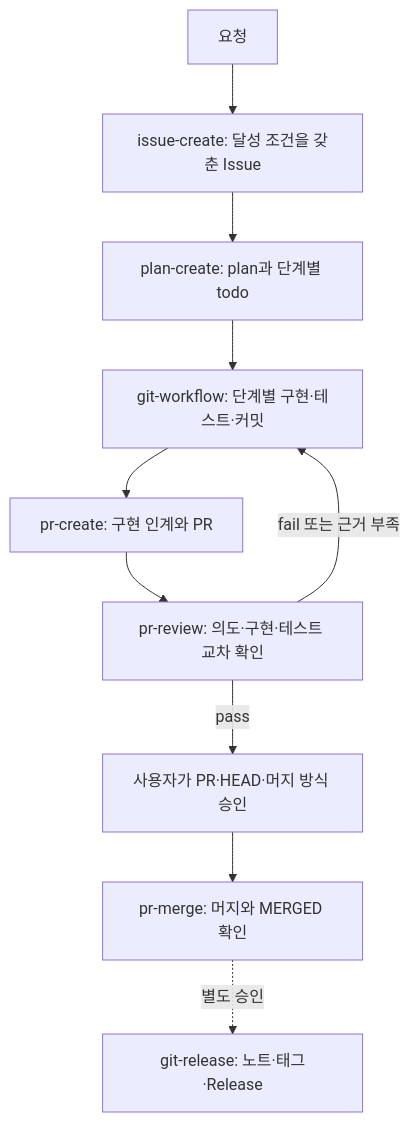
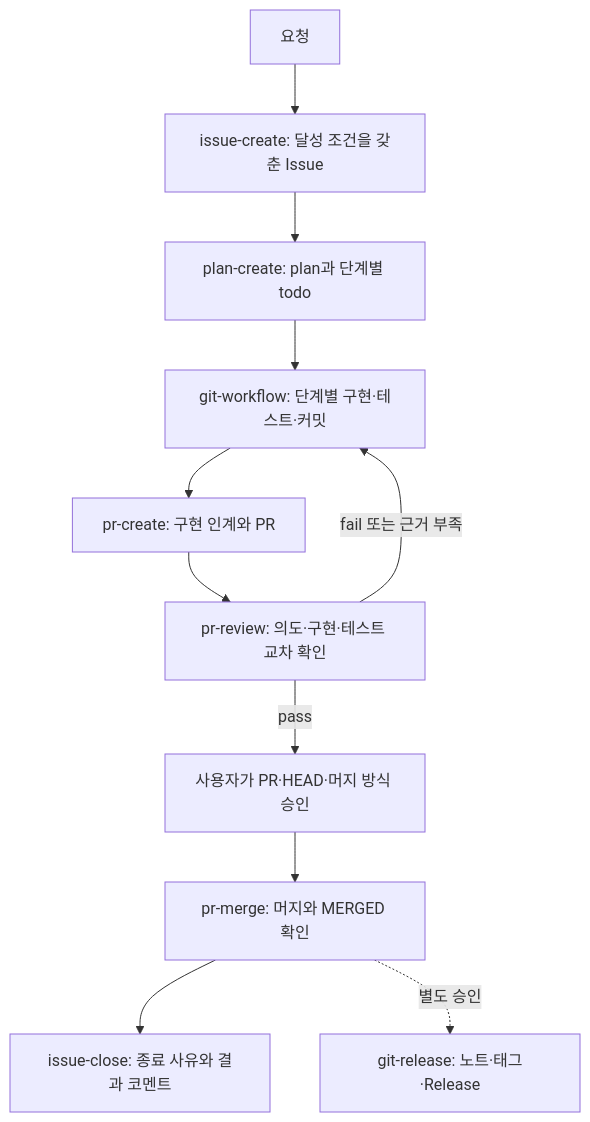
One commit to insung/git-workflow changed the diagram in README.ko.md. Above: the diagram before and after it, drawn with Mermaid. The commit also changed other lines of this file and 8 other files, not shown here.

First line of the commit message:
feat(issue-close): Issue 종료 결과 기록과 워크플로우 연결

````diff
--- a/README.ko.md
+++ b/README.ko.md
@@ -20,12 +20,13 @@
 ```mermaid
 flowchart TD
     A[요청] --> B[issue-create: 달성 조건을 갖춘 Issue]
     B --> C[plan-create: plan과 단계별 todo]
     C --> D[git-workflow: 단계별 구현·테스트·커밋]
     D --> E[pr-create: 구현 인계와 PR]
     E --> F[pr-review: 의도·구현·테스트 교차 확인]
     F -->|fail 또는 근거 부족| D
     F -->|pass| G[사용자가 PR·HEAD·머지 방식 승인]
     G --> H[pr-merge: 머지와 MERGED 확인]
+    H --> J[issue-close: 종료 사유와 결과 코멘트]
     H -. 별도 승인 .-> I[git-release: 노트·태그·Release]
 ```
````
